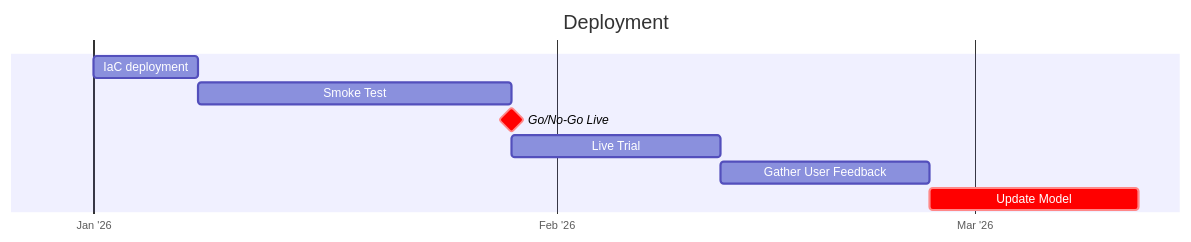
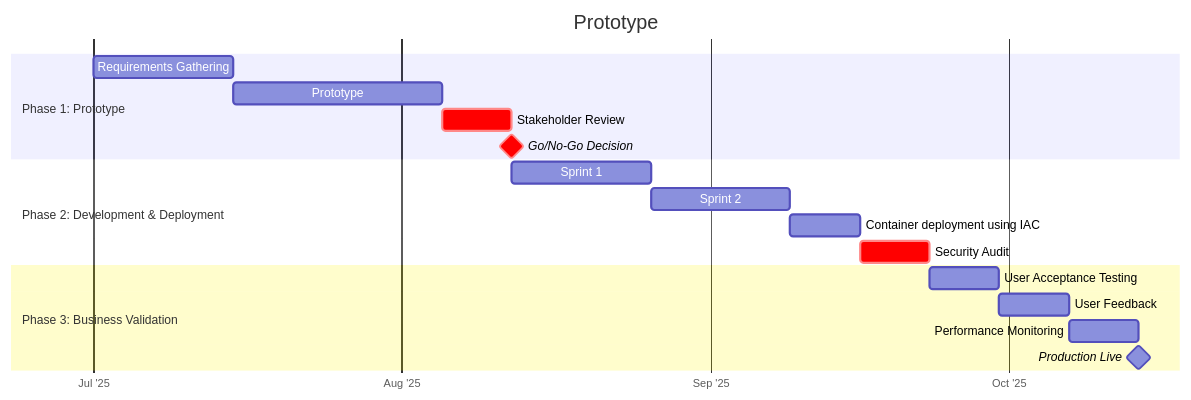
The diagram in mdbook/src/5_impact_assessment.md (robertsweetman/module_4), drawn with Mermaid before and after one commit. The commit also changed other lines of this file and 20 other files, not shown here.

````diff
--- a/mdbook/src/5_impact_assessment.md
+++ b/mdbook/src/5_impact_assessment.md
@@ -143,14 +161,25 @@
 ```mermaid
 gantt
-    title Deployment
+    title Prototype
     dateFormat YYYY-MM-DD
     axisFormat %b '%y
     tickInterval 1month
 
-    IaC deployment :a1, 2026-01-01, 1w
-    Smoke Test :a2, after a1, 3w
-    Go/No-Go Live :milestone, crit, a3, after a2, 0d
-    Live Trial :a4, after a3, 2w
-    Gather User Feedback :a5, after a4, 2w
-    Update Model :crit, a6, after a5, 2w
+    section Phase 1: Prototype
+    Requirements Gathering :a1, 2025-07-01, 2w
+    Prototype              :a2, after a1, 3w
+    Stakeholder Review :crit, a3, after a2, 1w
+    Go/No-Go Decision       :crit, milestone, a4, after a3, 0d
+
+    section Phase 2: Development & Deployment
+    Sprint 1 :a5, after a4, 2w
+    Sprint 2 :a6, after a5, 2w
+    Container deployment using IAC :a7, after a6, 1w
+    Security Audit :crit, a8, after a7, 1w
+
+    section Phase 3: Business Validation
+    User Acceptance Testing :a9, after a8, 1w
+    User Feedback :a10, after a9, 1w
+    Performance Monitoring :a11, after a10, 1w
+    Production Live :milestone, after a11, 0d 
 ```
````
